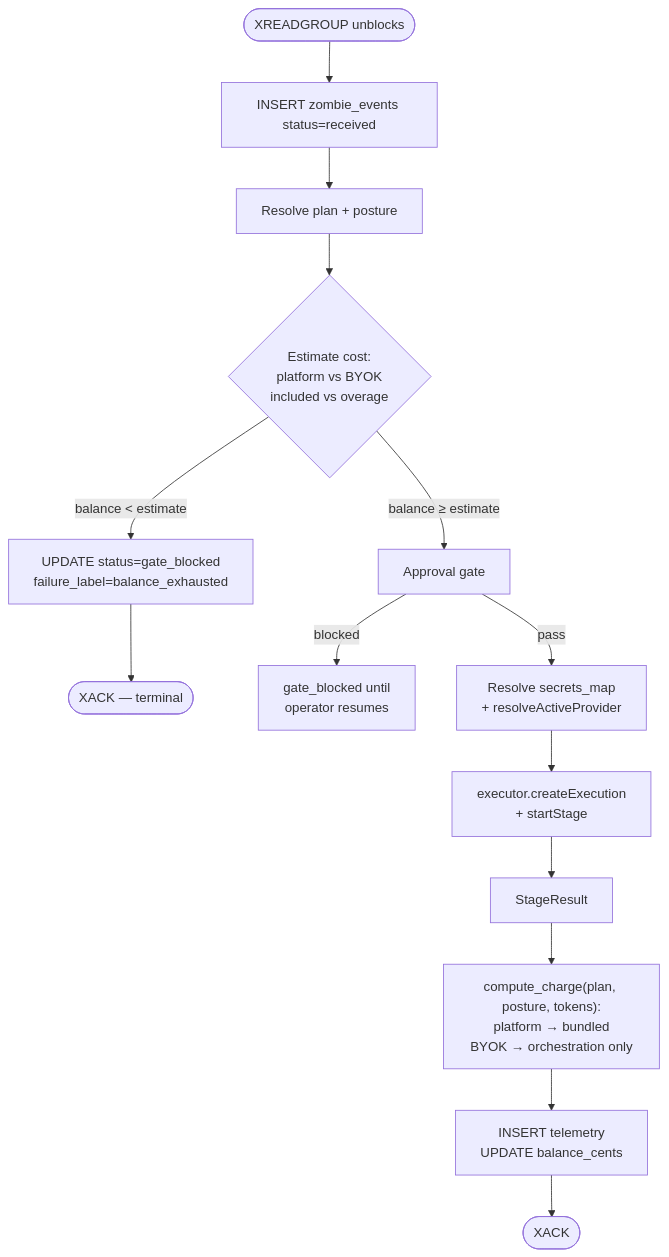
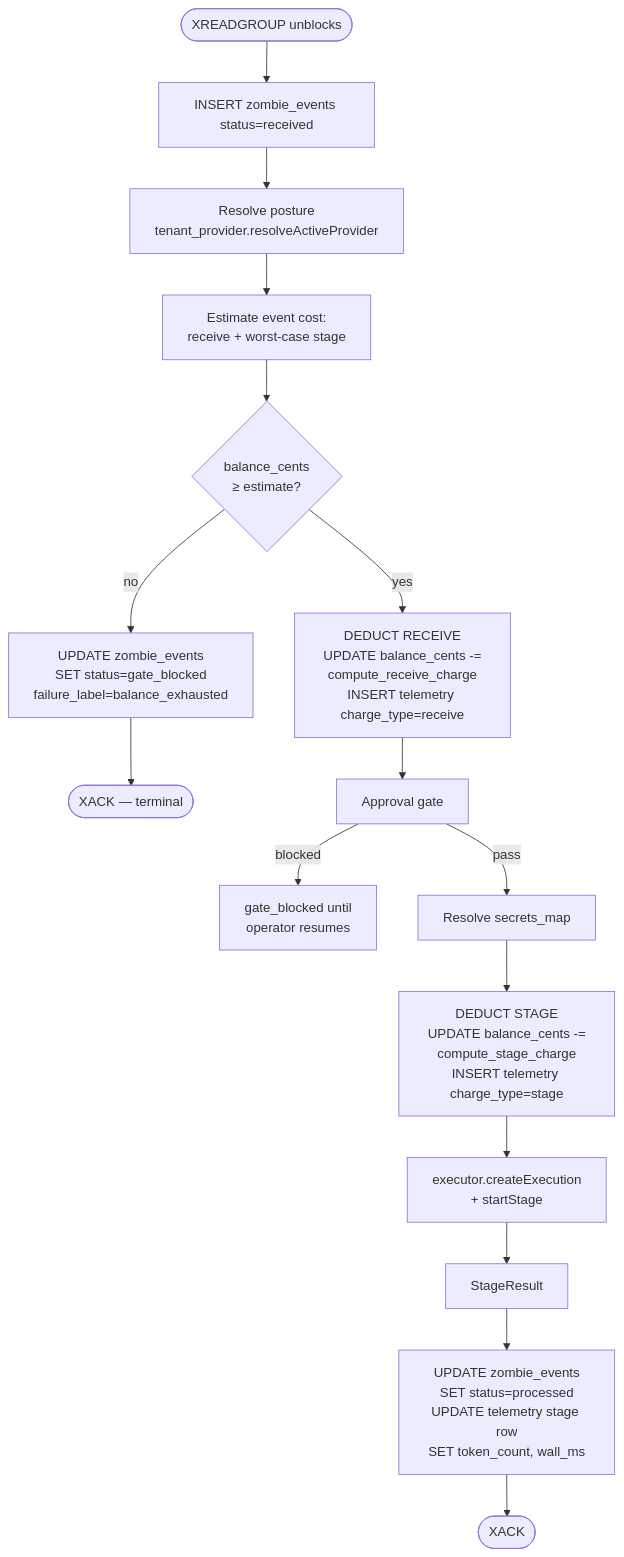
The diagram in docs/architecture/billing_and_byok.md (usezombie/usezombie), drawn with Mermaid before and after one commit. The commit also changed other lines of this file and 6 other files, not shown here.

````diff
--- a/docs/architecture/billing_and_byok.md
+++ b/docs/architecture/billing_and_byok.md
@@ -75,16 +161,18 @@
 ```mermaid
 flowchart TD
     A([XREADGROUP unblocks]) --> B[INSERT zombie_events status=received]
-    B --> C[Resolve plan + posture]
-    C --> D{Estimate cost:<br/>platform vs BYOK<br/>included vs overage}
-    D -->|balance < estimate| Block[UPDATE status=gate_blocked<br/>failure_label=balance_exhausted]
+    B --> C[Resolve posture<br/>tenant_provider.resolveActiveProvider]
+    C --> D[Estimate event cost:<br/>receive + worst-case stage]
+    D --> E{balance_cents<br/>≥ estimate?}
+    E -->|no| Block[UPDATE zombie_events<br/>SET status=gate_blocked<br/>failure_label=balance_exhausted]
     Block --> X1([XACK — terminal])
-    D -->|balance ≥ estimate| E[Approval gate]
-    E -->|blocked| Wait[gate_blocked until<br/>operator resumes]
-    E -->|pass| F[Resolve secrets_map<br/>+ resolveActiveProvider]
-    F --> G[executor.createExecution<br/>+ startStage]
-    G --> H[StageResult]
-    H --> I["compute_charge(plan, posture, tokens):<br/>platform → bundled<br/>BYOK → orchestration only"]
-    I --> J[INSERT telemetry<br/>UPDATE balance_cents]
-    J --> X2([XACK])
+    E -->|yes| F[DEDUCT RECEIVE<br/>UPDATE balance_cents -=<br/>compute_receive_charge<br/>INSERT telemetry charge_type=receive]
+    F --> G[Approval gate]
+    G -->|blocked| Wait[gate_blocked until<br/>operator resumes]
+    G -->|pass| H[Resolve secrets_map]
+    H --> I[DEDUCT STAGE<br/>UPDATE balance_cents -=<br/>compute_stage_charge<br/>INSERT telemetry charge_type=stage]
+    I --> J[executor.createExecution<br/>+ startStage]
+    J --> K[StageResult]
+    K --> L[UPDATE zombie_events<br/>SET status=processed<br/>UPDATE telemetry stage row<br/>SET token_count, wall_ms]
+    L --> X2([XACK])
 ```
````
